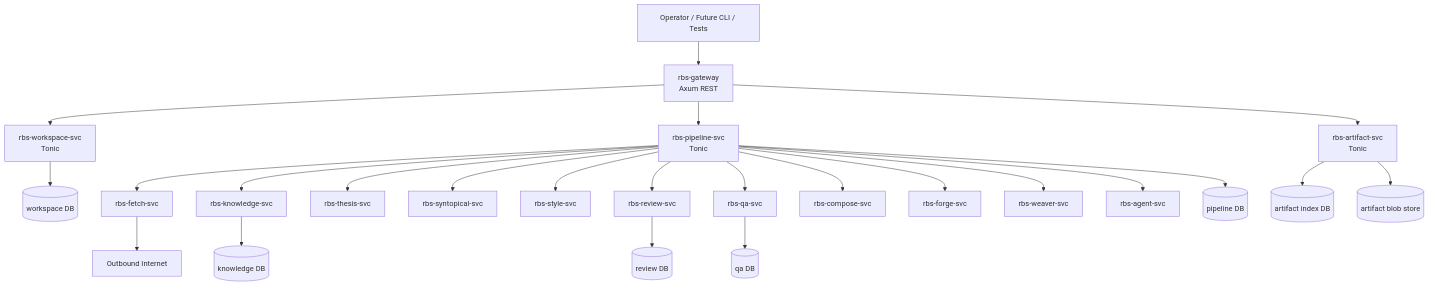
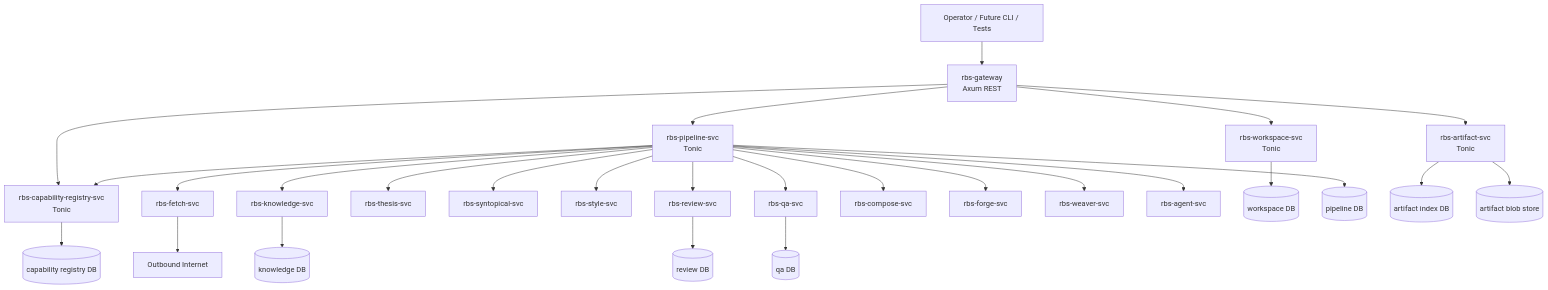
The diagram in docs/superpowers/specs/2026-05-31-rust-axum-v2-architecture-design.md (CharlesHoskinson/russellian-book-suite), drawn with Mermaid before and after one commit. The commit also changed other lines of this file and 2 other files, not shown here.

Commit message:
docs: integrate capability protocol into v2 architecture

````diff
--- a/docs/superpowers/specs/2026-05-31-rust-axum-v2-architecture-design.md
+++ b/docs/superpowers/specs/2026-05-31-rust-axum-v2-architecture-design.md
@@ -65,30 +67,33 @@
 ```mermaid
 flowchart TD
     Client["Operator / Future CLI / Tests"] --> Gateway["rbs-gateway<br/>Axum REST"]
 
     Gateway --> Workspace["rbs-workspace-svc<br/>Tonic"]
     Gateway --> Pipeline["rbs-pipeline-svc<br/>Tonic"]
     Gateway --> Artifact["rbs-artifact-svc<br/>Tonic"]
+    Gateway --> Registry["rbs-capability-registry-svc<br/>Tonic"]
 
+    Pipeline --> Registry
     Pipeline --> Fetch["rbs-fetch-svc"]
     Pipeline --> Knowledge["rbs-knowledge-svc"]
     Pipeline --> Thesis["rbs-thesis-svc"]
     Pipeline --> Syntopical["rbs-syntopical-svc"]
     Pipeline --> Style["rbs-style-svc"]
     Pipeline --> Review["rbs-review-svc"]
     Pipeline --> QA["rbs-qa-svc"]
     Pipeline --> Compose["rbs-compose-svc"]
     Pipeline --> Forge["rbs-forge-svc"]
     Pipeline --> Weaver["rbs-weaver-svc"]
     Pipeline --> Agent["rbs-agent-svc"]
 
     Fetch --> Internet["Outbound Internet"]
 
     Workspace --> WorkspaceDb[("workspace DB")]
     Pipeline --> PipelineDb[("pipeline DB")]
+    Registry --> RegistryDb[("capability registry DB")]
     Artifact --> ArtifactDb[("artifact index DB")]
     Artifact --> BlobStore[("artifact blob store")]
     Knowledge --> KnowledgeDb[("knowledge DB")]
     QA --> QaDb[("qa DB")]
     Review --> ReviewDb[("review DB")]
 ```
````
